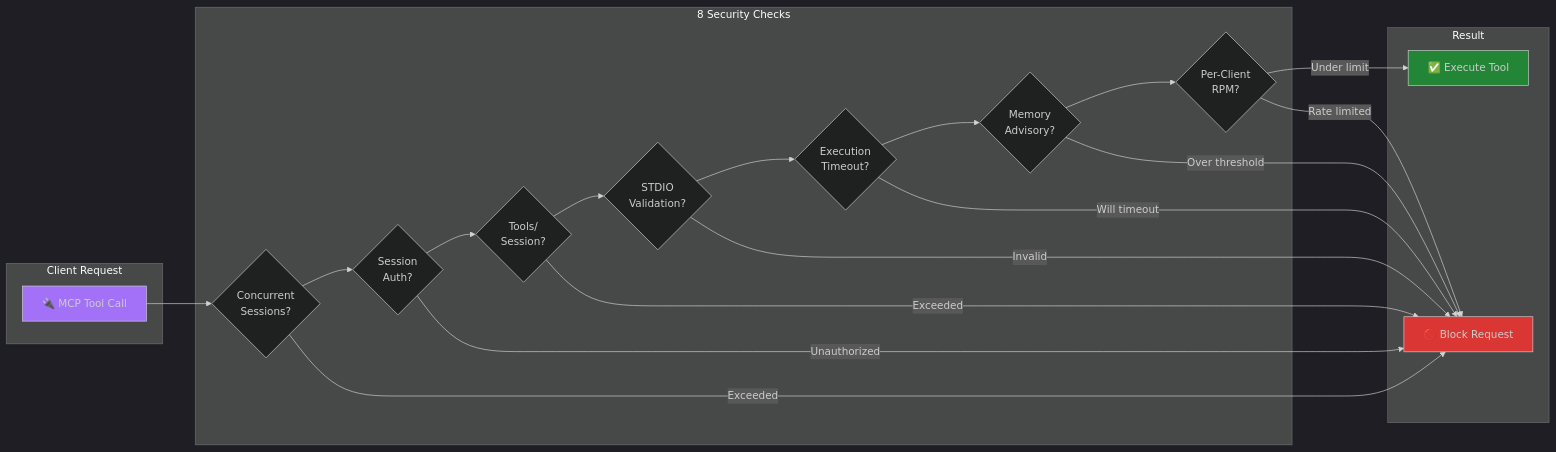
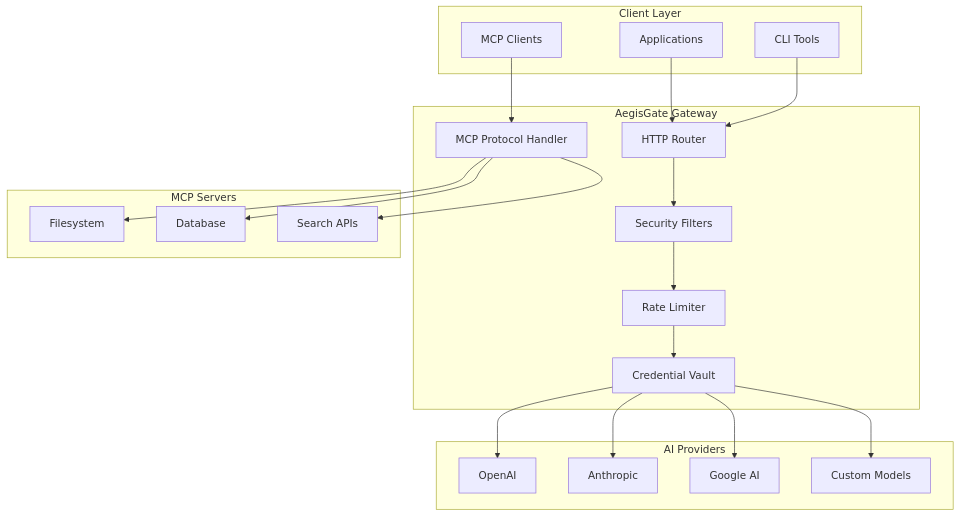
The third of 3 diagrams in README.md (aegisgatesecurity/aegisgate-platform), drawn with Mermaid before and after one commit. The commit also changed other lines of this file, not shown here.

````diff
--- a/README.md
+++ b/README.md
@@ -640,43 +246,43 @@
 ```mermaid
-%%{init: {'theme': 'dark'}}%%
-flowchart LR
-    subgraph Request["Client Request"]
-        A["🔌 MCP Tool Call"]
+graph TB
+    subgraph "Client Layer"
+        A[Applications]
+        B[CLI Tools]
+        C[MCP Clients]
     end
-
-    subgraph Guardrails["8 Security Checks"]
-        B{Concurrent
-        Sessions?}
-        C{Session
-        Auth?}
-        D{Tools/
-        Session?}
-        E{STDIO
-        Validation?}
-        F{Execution
-        Timeout?}
-        G{Memory
-        Advisory?}
-        H{Per-Client
-        RPM?}
+    
+    subgraph "AegisGate Gateway"
+        D[HTTP Router]
+        E[Security Filters]
+        F[Rate Limiter]
+        G[Credential Vault]
+        H[MCP Protocol Handler]
     end
-
-    subgraph Result
-        I["✅ Execute Tool"]
-        J["🚫 Block Request"]
+    
+    subgraph "AI Providers"
+        I[OpenAI]
+        J[Anthropic]
+        K[Google AI]
+        L[Custom Models]
     end
-
-    A --> B --> C --> D --> E --> F --> G --> H
-    B -->|Exceeded| J
-    C -->|Unauthorized| J
-    D -->|Exceeded| J
-    E -->|Invalid| J
-    F -->|Will timeout| J
-    G -->|Over threshold| J
-    H -->|Rate limited| J
-    H -->|Under limit| I
-
-    style J fill:#da3633
-    style I fill:#238636
-    style A fill:#a371f7
+    
+    subgraph "MCP Servers"
+        M[Filesystem]
+        N[Database]
+        O[Search APIs]
+    end
+    
+    A --> D
+    B --> D
+    C --> H
+    D --> E
+    E --> F
+    F --> G
+    G --> I
+    G --> J
+    G --> K
+    G --> L
+    H --> M
+    H --> N
+    H --> O
 ```
````
